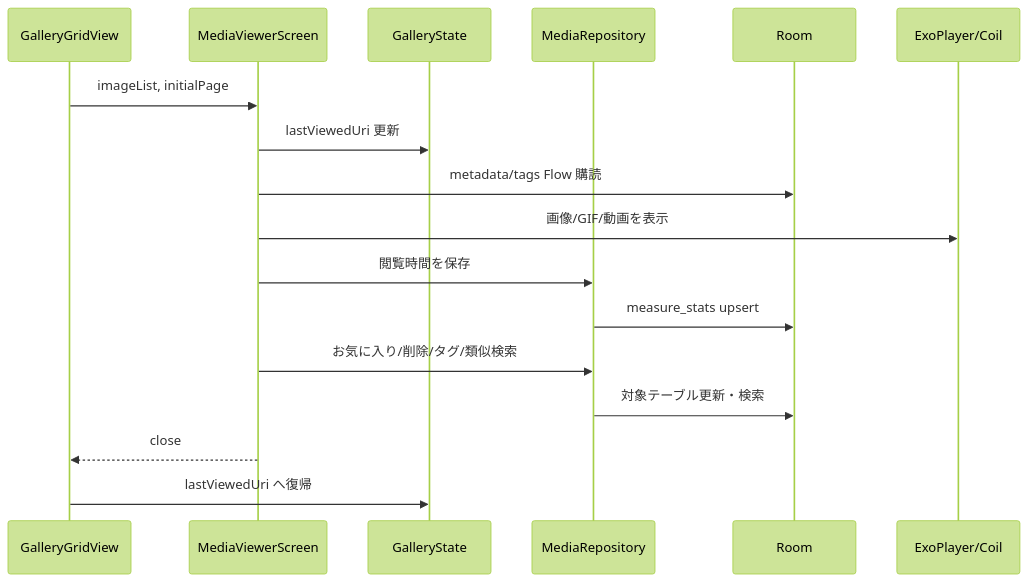
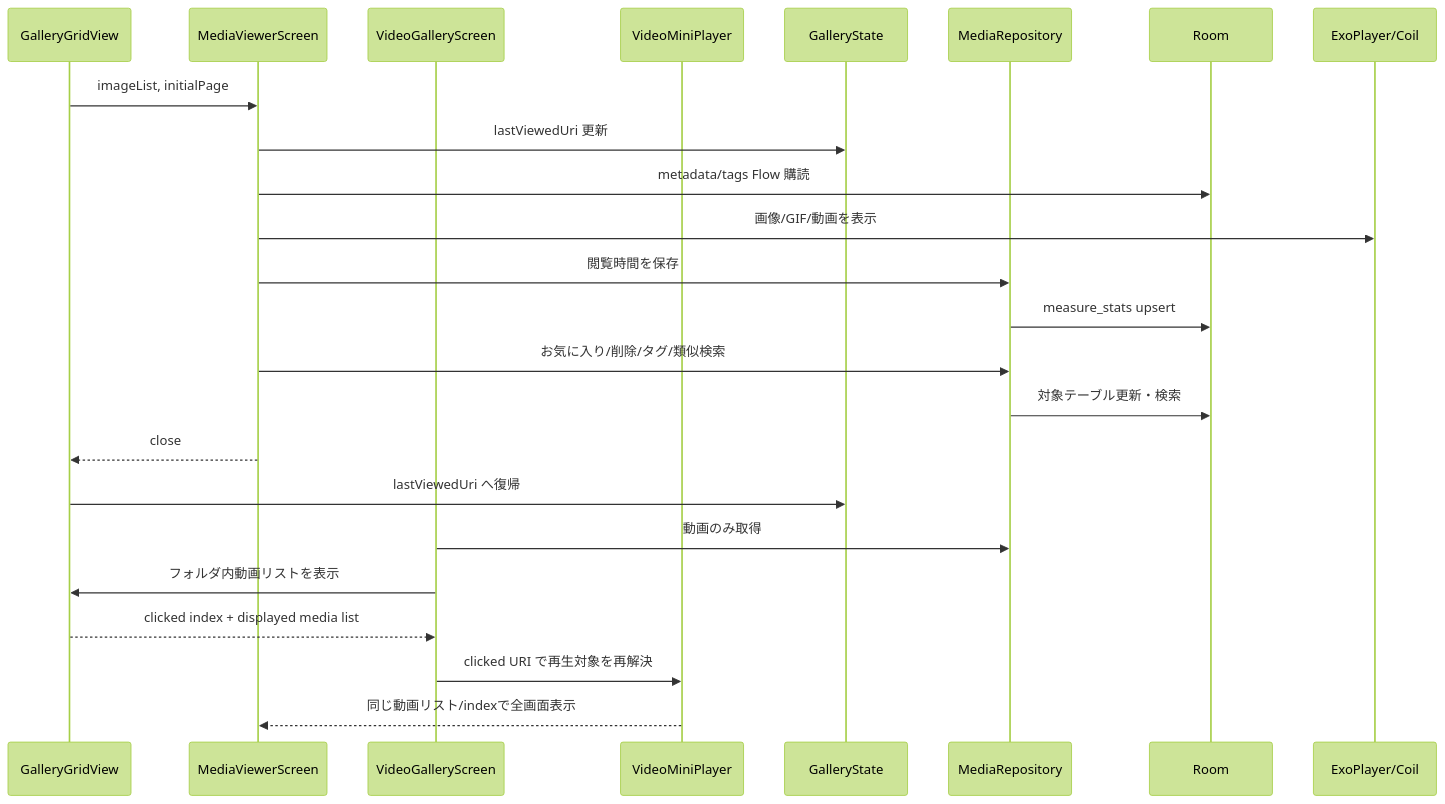
One commit to Ksan1333/Gallery changed the fourth of 4 diagrams in docs/detail_design/02_media_viewer.md. Above: the diagram before and after it, drawn with Mermaid (forest theme). The commit also changed other lines of this file and 61 other files, not shown here.

````diff
--- a/docs/detail_design/02_media_viewer.md
+++ b/docs/detail_design/02_media_viewer.md
@@ -143,20 +159,27 @@
 ```mermaid
 sequenceDiagram
     participant Grid as GalleryGridView
     participant Viewer as MediaViewerScreen
+    participant VideoScreen as VideoGalleryScreen
+    participant MiniPlayer as VideoMiniPlayer
     participant State as GalleryState
     participant Repo as MediaRepository
     participant DB as Room
     participant Player as ExoPlayer/Coil
 
     Grid->>Viewer: imageList, initialPage
     Viewer->>State: lastViewedUri 更新
     Viewer->>DB: metadata/tags Flow 購読
     Viewer->>Player: 画像/GIF/動画を表示
     Viewer->>Repo: 閲覧時間を保存
     Repo->>DB: measure_stats upsert
     Viewer->>Repo: お気に入り/削除/タグ/類似検索
     Repo->>DB: 対象テーブル更新・検索
     Viewer-->>Grid: close
     Grid->>State: lastViewedUri へ復帰
+    VideoScreen->>Repo: 動画のみ取得
+    VideoScreen->>Grid: フォルダ内動画リストを表示
+    Grid-->>VideoScreen: clicked index + displayed media list
+    VideoScreen->>MiniPlayer: clicked URI で再生対象を再解決
+    MiniPlayer-->>Viewer: 同じ動画リスト/indexで全画面表示
 ```
````
